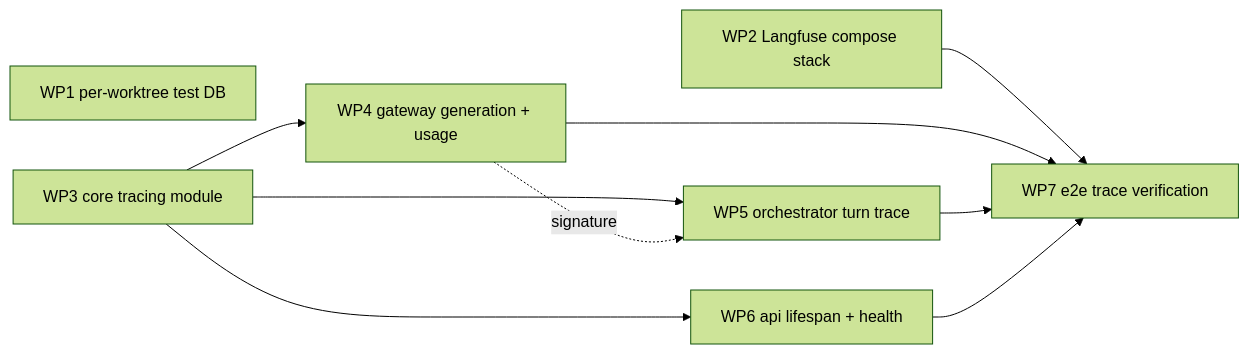
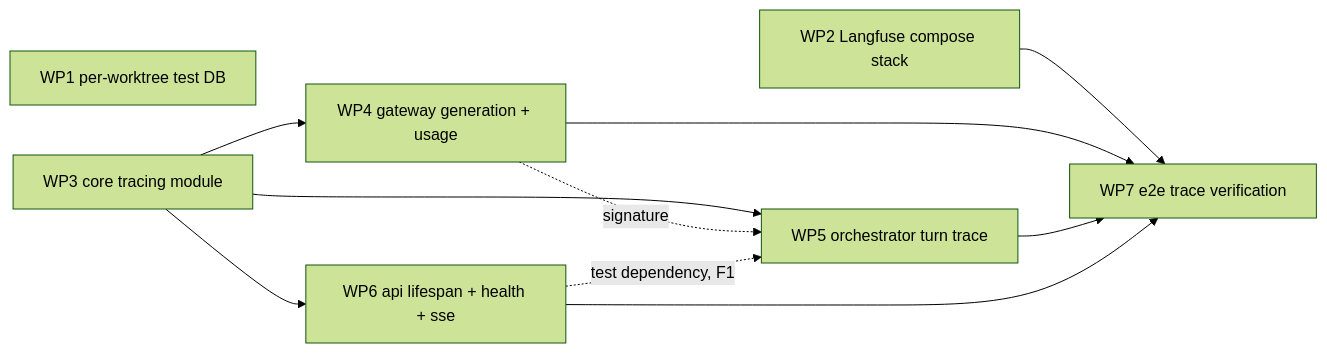
Before and after one commit to tucktuck101/mana-leak: the diagram in docs/prds/M2-observability.plan.md, drawn with Mermaid (forest theme). The commit also changed other lines of this file and 1 other file, not shown here.

````diff
--- a/docs/prds/M2-observability.plan.md
+++ b/docs/prds/M2-observability.plan.md
@@ -164,13 +181,14 @@
 ```mermaid
 flowchart LR
     WP1[WP1 per-worktree test DB]
     WP2[WP2 Langfuse compose stack]
     WP3[WP3 core tracing module] --> WP4[WP4 gateway generation + usage]
     WP3 --> WP5[WP5 orchestrator turn trace]
-    WP3 --> WP6[WP6 api lifespan + health]
+    WP3 --> WP6[WP6 api lifespan + health + sse]
     WP4 -.signature.-> WP5
+    WP6 -.test dependency, F1.-> WP5
     WP2 --> WP7[WP7 e2e trace verification]
     WP4 --> WP7
     WP5 --> WP7
     WP6 --> WP7
 ```
````
